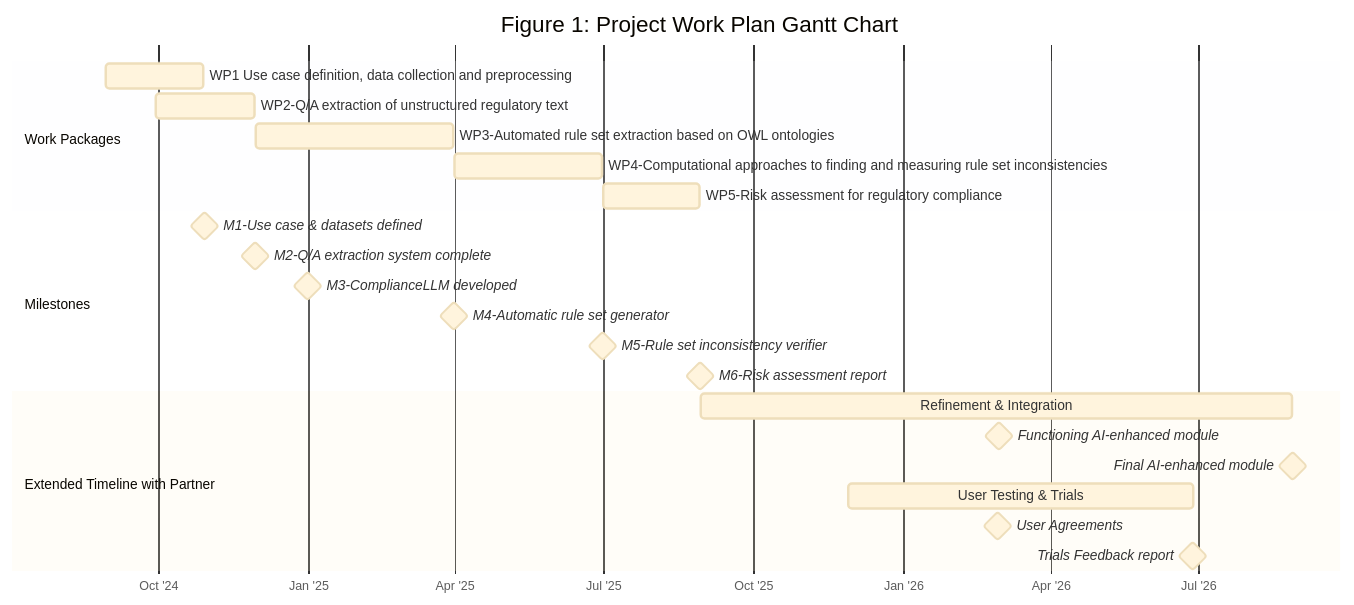
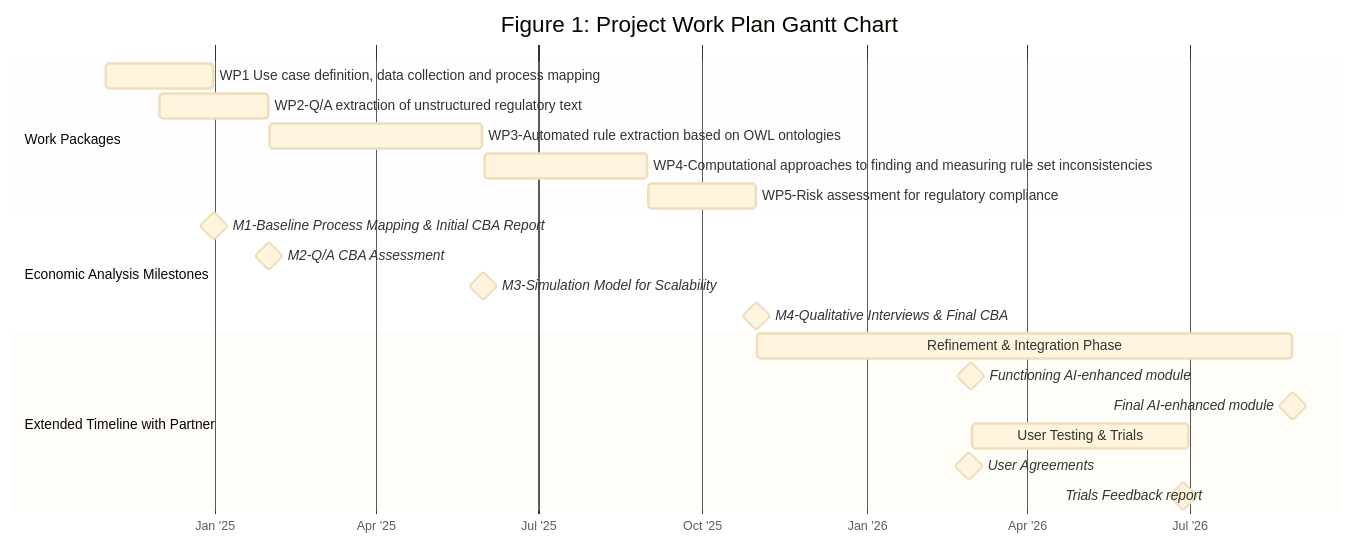
The diagram in index.qmd (quinfer/Economics-of-RAG), drawn with Mermaid before and after one commit. The commit also changed other lines of this file, not shown here.

Commit message:
updated with deep economic insight

````diff
--- a/index.qmd
+++ b/index.qmd
@@ -69,34 +259,29 @@
 ```{mermaid}
 %%{init: {'theme': 'base', 'themeVariables': { 'fontFamily': 'arial', 'fontSize': '10px'}}}%%
 gantt
     title Figure 1: Project Work Plan Gantt Chart
     dateFormat YYYY-MM-DD
     axisFormat %b '%y
     todayMarker off
     
- 
     section Work Packages
-    WP1 Use case definition, data collection and preprocessing  :2024-08-30, 2024-10-29
-    WP2-Q/A extraction of unstructured regulatory text :2024-09-30, 2024-11-29
-    WP3-Automated rule set extraction based on OWL ontologies :2024-11-30, 2025-03-31
-    WP4-Computational approaches to finding and measuring rule set inconsistencies :2025-04-01, 2025-06-30
-    WP5-Risk assessment for regulatory compliance   :2025-07-01, 2025-08-29
- 
-    section Milestones
-    M1-Use case & datasets defined       :milestone, 2024-10-29, 1d
-    M2-Q/A extraction system complete    :milestone, 2024-11-29, 1d
-    M3-ComplianceLLM developed           :milestone, 2024-12-31, 1d
-    M4-Automatic rule set generator      :milestone, 2025-03-31, 1d
-    M5-Rule set inconsistency verifier   :milestone, 2025-06-30, 1d
-    M6-Risk assessment report            :milestone, 2025-08-29, 1d
- 
- 
+    WP1 Use case definition, data collection and process mapping :2024-11-01, 2024-12-31
+    WP2-Q/A extraction of unstructured regulatory text :2024-12-01, 2025-01-31
+    WP3-Automated rule extraction based on OWL ontologies :2025-02-01, 2025-05-31
+    WP4-Computational approaches to finding and measuring rule set inconsistencies :2025-06-01, 2025-08-31
+    WP5-Risk assessment for regulatory compliance :2025-09-01, 2025-10-31
+
+    section Economic Analysis Milestones
+    M1-Baseline Process Mapping & Initial CBA Report  :milestone, 2024-12-31, 1d
+    M2-Q/A CBA Assessment :milestone, 2025-01-31, 1d
+    M3-Simulation Model for Scalability :milestone, 2025-05-31, 1d
+    M4-Qualitative Interviews & Final CBA :milestone, 2025-10-31, 1d
+
     section Extended Timeline with Partner
-    Refinement & Integration      :a1,2025-08-30, 2026-08-27
-    %Refinement & Integration      :a2,2026-06-30, 2026-08-27
-    Functioning AI-enhanced module       :milestone, 2026-02-28, 1d
-    Final AI-enhanced module      :milestone, 2026-08-27, 1d
-     User Testing & Trials         :2025-11-28, 2026-06-28
-     User Agreements             :milestone, 2026-02-27, 1d
-     Trials Feedback report      :milestone, 2026-06-27, 1d
+    Refinement & Integration Phase :a1,2025-11-01, 2026-08-27
+    Functioning AI-enhanced module :milestone, 2026-02-28, 1d
+    Final AI-enhanced module :milestone, 2026-08-27, 1d
+    User Testing & Trials :2026-03-01, 2026-06-30
+    User Agreements :milestone, 2026-02-27, 1d
+    Trials Feedback report :milestone, 2026-06-27, 1d
 ```
````
